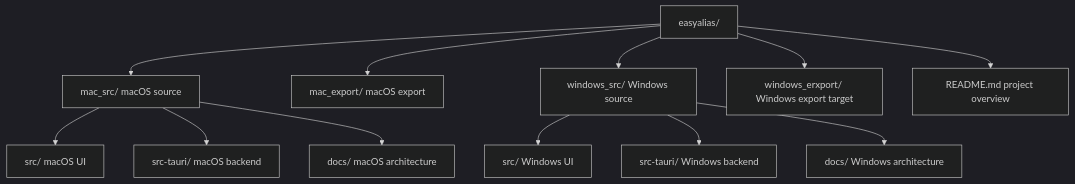
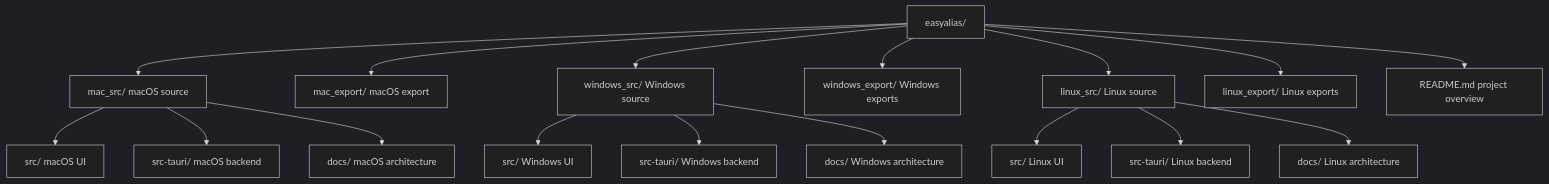
Before and after one commit to hannesgnann-hub/easyalias: the second of 4 diagrams in README.md, drawn with Mermaid (dark theme). The commit also changed other lines of this file and 20 other files, not shown here.

````diff
--- a/README.md
+++ b/README.md
@@ -91,16 +105,21 @@
 ```mermaid
 flowchart TD
   Root["easyalias/"]
   Root --> MacSrc["mac_src/ macOS source"]
   Root --> MacExport["mac_export/ macOS export"]
   Root --> WinSrc["windows_src/ Windows source"]
-  Root --> WinExport["windows_erxport/ Windows export target"]
+  Root --> WinExport["windows_export/ Windows exports"]
+  Root --> LinuxSrc["linux_src/ Linux source"]
+  Root --> LinuxExport["linux_export/ Linux exports"]
   Root --> RootReadme["README.md project overview"]
 
   MacSrc --> MacFrontend["src/ macOS UI"]
   MacSrc --> MacBackend["src-tauri/ macOS backend"]
   MacSrc --> MacDocs["docs/ macOS architecture"]
   WinSrc --> WinFrontend["src/ Windows UI"]
   WinSrc --> WinBackend["src-tauri/ Windows backend"]
   WinSrc --> WinDocs["docs/ Windows architecture"]
+  LinuxSrc --> LinuxFrontend["src/ Linux UI"]
+  LinuxSrc --> LinuxBackend["src-tauri/ Linux backend"]
+  LinuxSrc --> LinuxDocs["docs/ Linux architecture"]
 ```
````
